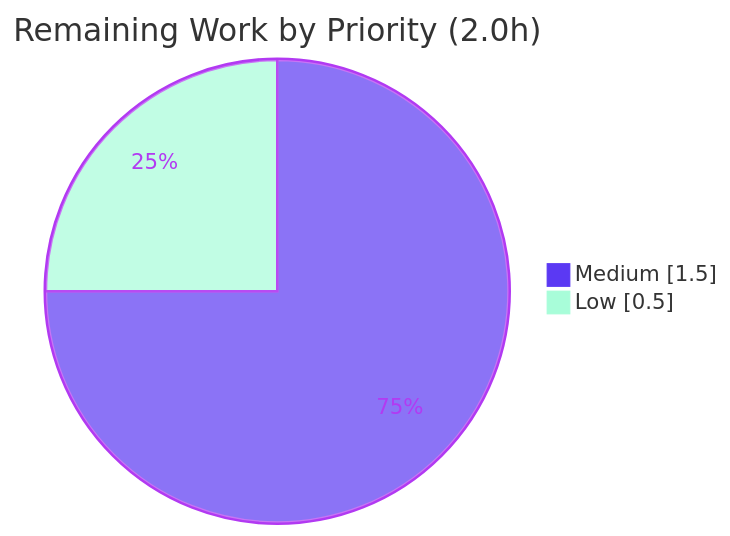
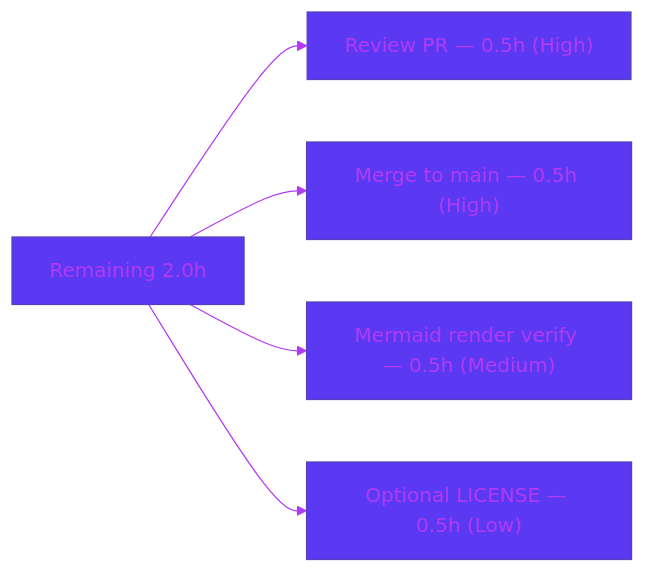
Before and after one commit to lakshya-blitzy/march_repo_hello_world: the third of 3 diagrams in blitzy/documentation/Project Guide.md, drawn with Mermaid. The commit also changed other lines of this file, not shown here.

Commit message:
Adding Blitzy Project Guide: Project Status and Human Tasks Remaining

````diff
--- a/blitzy/documentation/Project Guide.md
+++ b/blitzy/documentation/Project Guide.md
@@ -193,7 +206,8 @@
 ```mermaid
-%%{init: {"theme":"base","themeVariables":{"pie1":"#5B39F3","pie2":"#A8FDD9","pieStrokeColor":"#B23AF2","pieOuterStrokeColor":"#B23AF2","pieStrokeWidth":"2px","pieSectionTextColor":"#B23AF2"}}}%%
-pie showData
-    title Remaining Work by Priority (2.0h)
-    "Medium" : 1.5
-    "Low" : 0.5
+%%{init: {"theme":"base","themeVariables":{"primaryColor":"#5B39F3","primaryTextColor":"#B23AF2","lineColor":"#B23AF2"}}}%%
+graph LR
+    A["Remaining 2.0h"] --> B["Review PR — 0.5h (High)"]
+    A --> C["Merge to main — 0.5h (High)"]
+    A --> D["Mermaid render verify — 0.5h (Medium)"]
+    A --> E["Optional LICENSE — 0.5h (Low)"]
 ```
````
